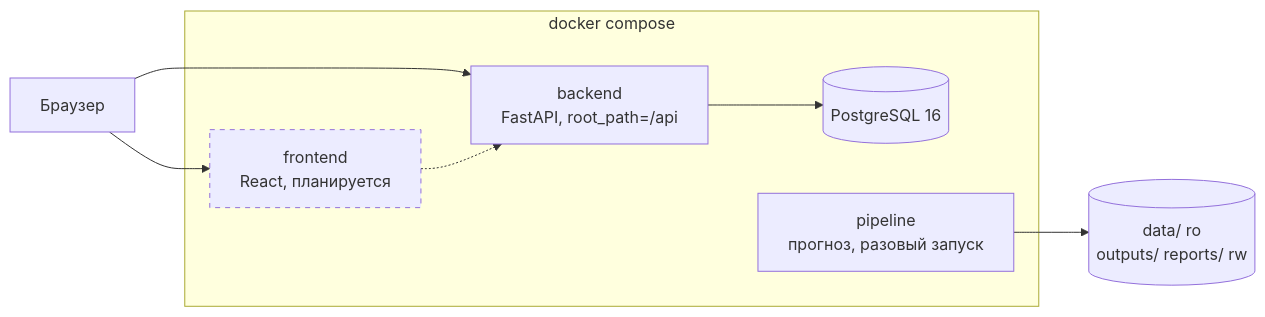
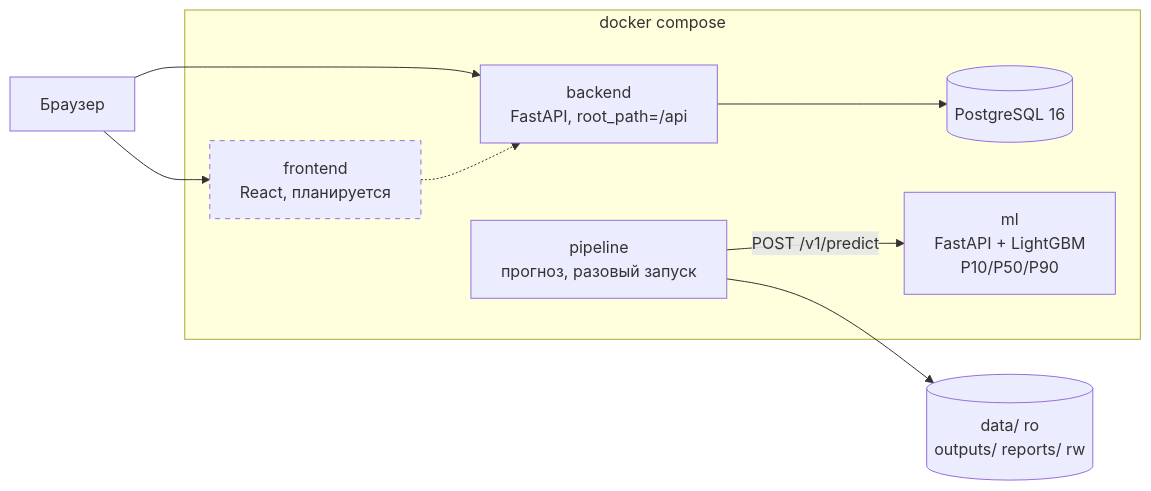
The first of 2 diagrams in docs/ARCHITECTURE.md (BAITC-Hacks/hack-5e5a1903-mg-ai), drawn with Mermaid before and after one commit. The commit also changed other lines of this file and 5 other files, not shown here.

````diff
--- a/docs/ARCHITECTURE.md
+++ b/docs/ARCHITECTURE.md
@@ -5,24 +5,27 @@
 ```mermaid
 flowchart LR
     Client["Браузер"]
     FE["frontend<br/>React, планируется"]
     BE["backend<br/>FastAPI, root_path=/api"]
     DB[("PostgreSQL 16")]
     PL["pipeline<br/>прогноз, разовый запуск"]
+    ML["ml<br/>FastAPI + LightGBM<br/>P10/P50/P90"]
     VOL[("data/ ro<br/>outputs/ reports/ rw")]
 
     Client --> FE
     Client --> BE
     FE -.-> BE
     BE --> DB
     PL --> VOL
+    PL -- "POST /v1/predict" --> ML
 
     subgraph compose["docker compose"]
         FE
         BE
         DB
         PL
+        ML
     end
 
     style FE stroke-dasharray: 5 5
 ```
````
